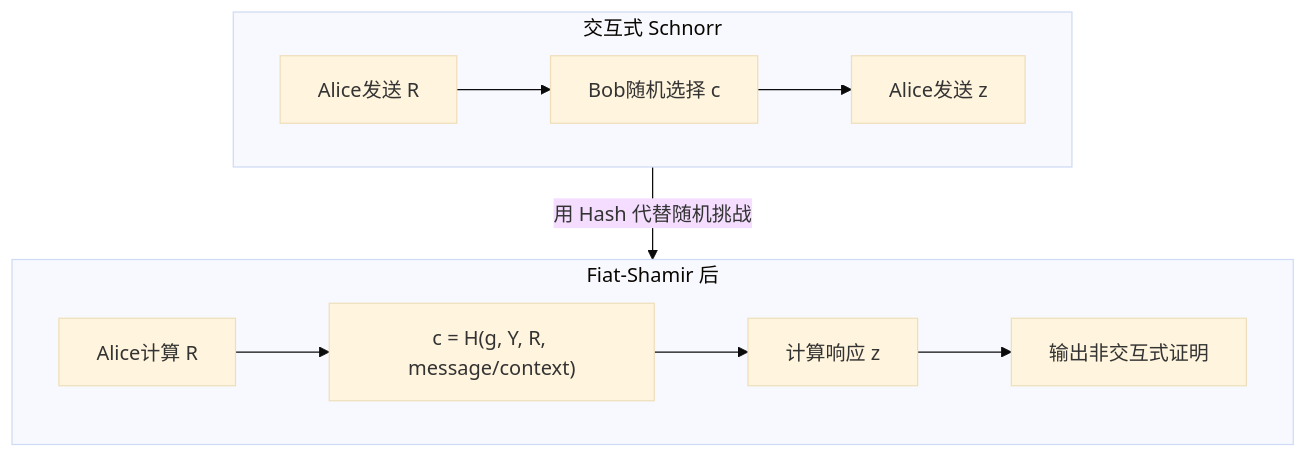
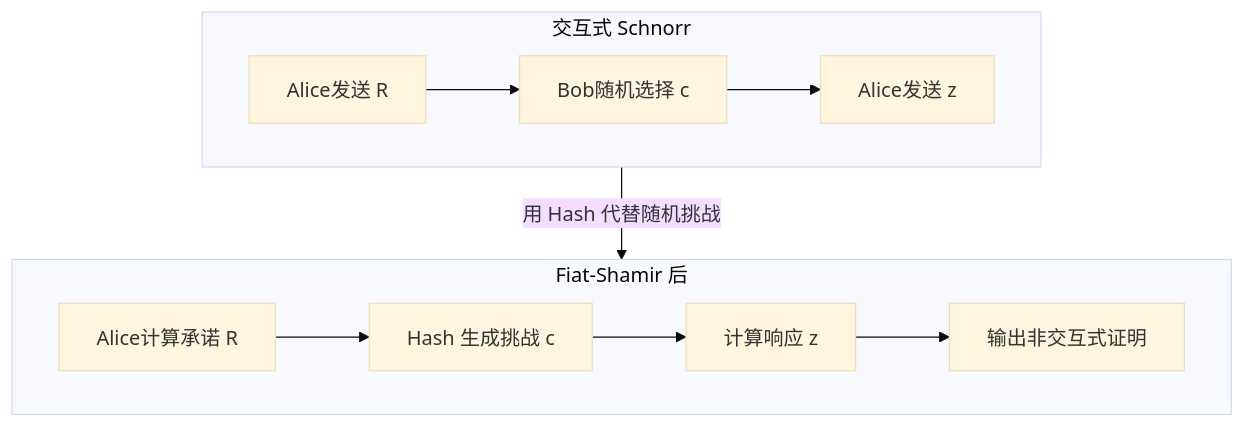
Before and after one commit to 22mouseok-crypto/obsidian-vault: the fifth of 21 diagrams in 大三下/密码协议/密码协议期末复习-Obsidian视觉版.md, drawn with Mermaid (base theme). The commit also changed other lines of this file, not shown here.

````diff
--- a/大三下/密码协议/密码协议期末复习-Obsidian视觉版.md
+++ b/大三下/密码协议/密码协议期末复习-Obsidian视觉版.md
@@ -231,15 +231,15 @@
 ```mermaid
 flowchart TB
     subgraph Interactive[交互式 Schnorr]
       I1[Alice发送 R] --> I2[Bob随机选择 c]
       I2 --> I3[Alice发送 z]
     end
 
     subgraph NonInteractive[Fiat-Shamir 后]
-      N1[Alice计算 R] --> N2["c = H(g, Y, R, message/context)"]
+      N1[Alice计算承诺 R] --> N2[Hash 生成挑战 c]
       N2 --> N3[计算响应 z]
       N3 --> N4[输出非交互式证明]
     end
 
     Interactive -->|用 Hash 代替随机挑战| NonInteractive
 ```
````
